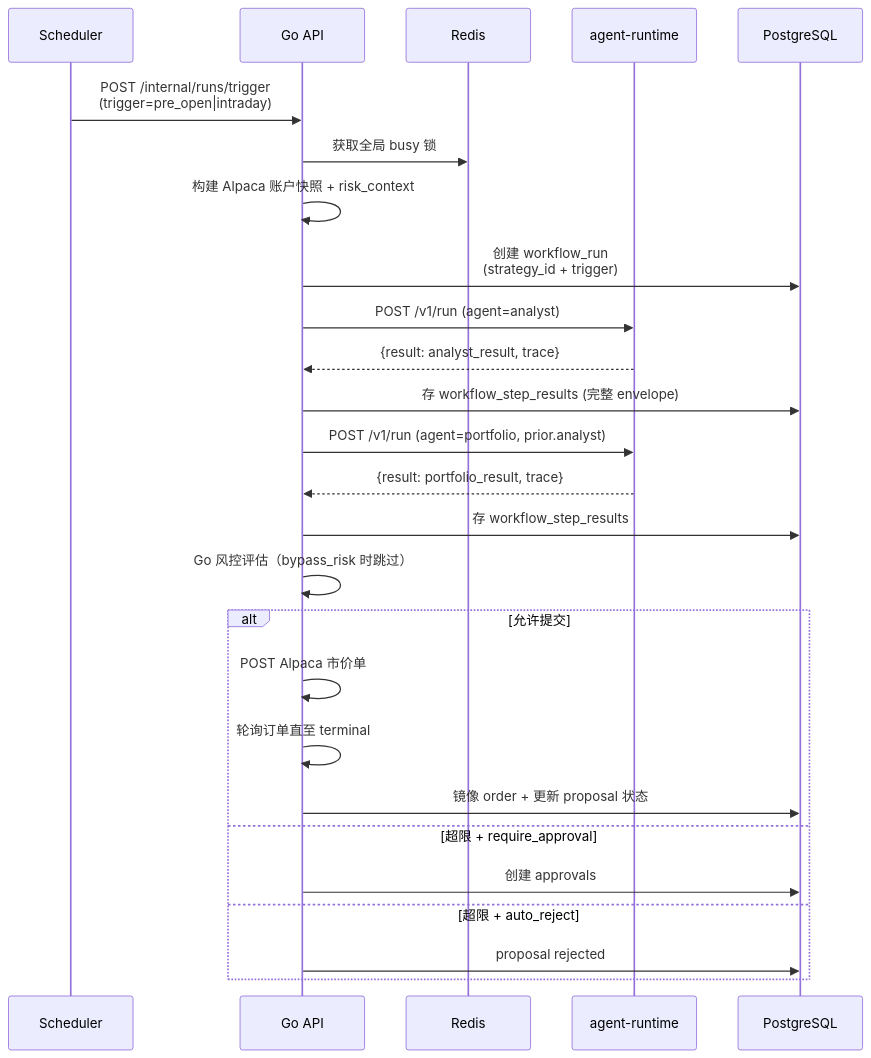
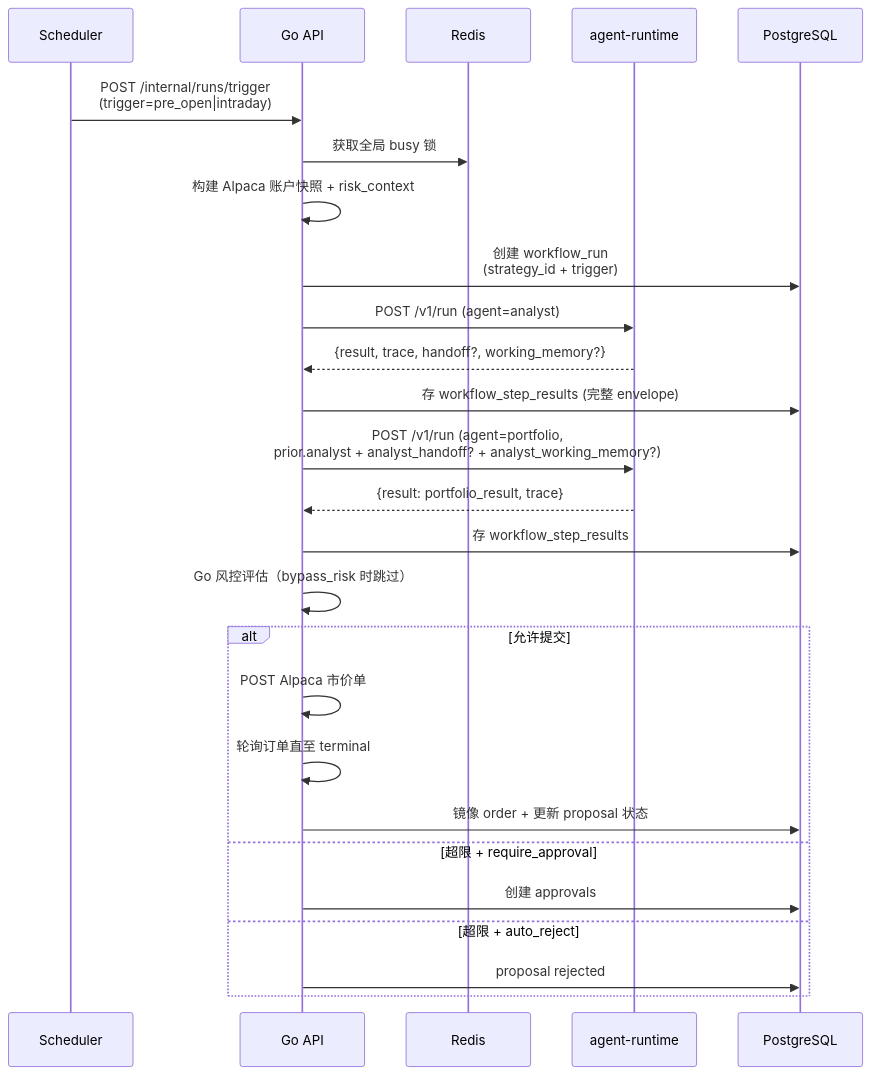
The fourth of 4 diagrams in docs/workflow-flowchart.md (cyhzuishuai/stock-agents-cursor), drawn with Mermaid before and after one commit. The commit also changed other lines of this file and 6 other files, not shown here.

````diff
--- a/docs/workflow-flowchart.md
+++ b/docs/workflow-flowchart.md
@@ -154,32 +157,32 @@
 ```mermaid
 sequenceDiagram
   participant Cron as Scheduler
   participant API as Go API
   participant R as Redis
   participant RT as agent-runtime
   participant DB as PostgreSQL
 
   Cron->>API: POST /internal/runs/trigger<br/>(trigger=pre_open|intraday)
   API->>R: 获取全局 busy 锁
   API->>API: 构建 Alpaca 账户快照 + risk_context
   API->>DB: 创建 workflow_run<br/>(strategy_id + trigger)
 
   API->>RT: POST /v1/run (agent=analyst)
-  RT-->>API: {result: analyst_result, trace}
+  RT-->>API: {result, trace, handoff?, working_memory?}
   API->>DB: 存 workflow_step_results (完整 envelope)
 
-  API->>RT: POST /v1/run (agent=portfolio, prior.analyst)
+  API->>RT: POST /v1/run (agent=portfolio,<br/>prior.analyst + analyst_handoff? + analyst_working_memory?)
   RT-->>API: {result: portfolio_result, trace}
   API->>DB: 存 workflow_step_results
 
   API->>API: Go 风控评估（bypass_risk 时跳过）
   alt 允许提交
     API->>API: POST Alpaca 市价单
     API->>API: 轮询订单直至 terminal
     API->>DB: 镜像 order + 更新 proposal 状态
   else 超限 + require_approval
     API->>DB: 创建 approvals
   else 超限 + auto_reject
     API->>DB: proposal rejected
   end
 ```
````
